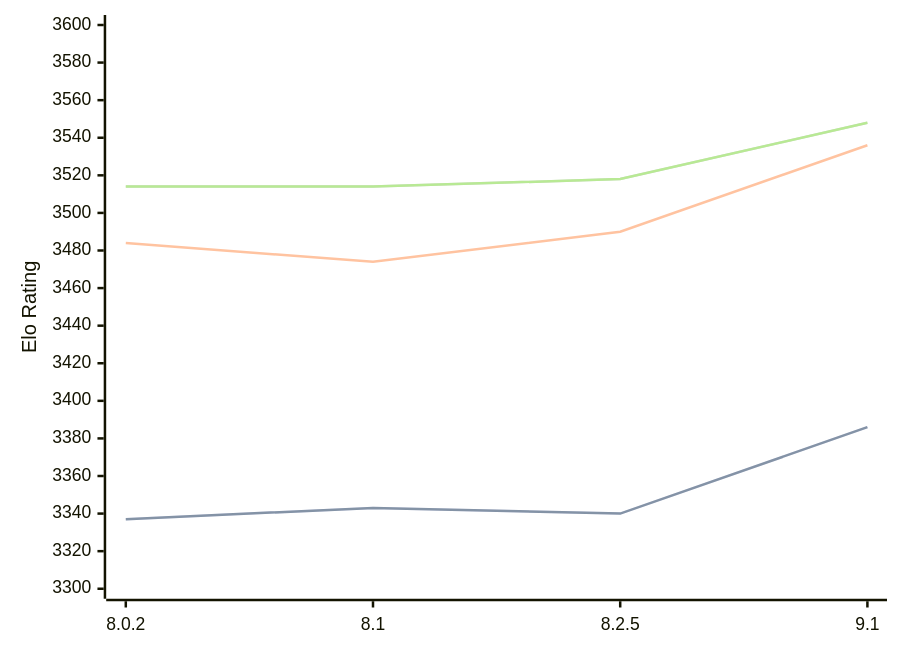
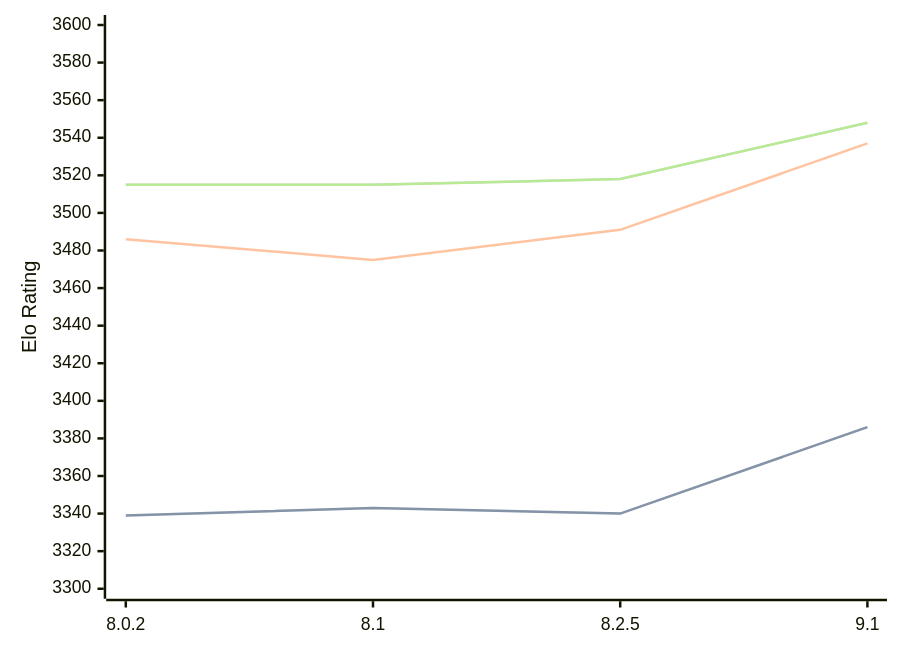
Before and after one commit to computer-chess-index/cci: the diagram in engines/Clover.md, drawn with Mermaid. The commit also changed other lines of this file, not shown here.

Commit message:
Update CCI Ratings (ELO VLTC) - 2026-08-29

````diff
--- a/engines/Clover.md
+++ b/engines/Clover.md
@@ -35,11 +35,11 @@
 ```mermaid
 %%{init: {"theme":"base","themeVariables":{"seriesColors:['#a3a3a3','#222221','#faa371']}}}%%
 xychart-beta
   x-axis ["8.0.2", "8.1", "8.2.5", "9.1"]
   y-axis "Elo Rating" 3300 --> 3600
-  line "" [3337, 3343, 3340, 3386]
-  line "STC (8.0+0.08s)" [3337, 3343, 3340, 3386]
-  line "LTC (60.0+0.60s)" [3484, 3474, 3490, 3536]
-  line "" [3514, 3514, 3518, 3548]
-  line "VLTC (2m24s+1.12s)" [3514, 3514, 3518, 3548]
+  line "" [3339, 3343, 3340, 3386]
+  line "STC (8.0+0.08s)" [3339, 3343, 3340, 3386]
+  line "LTC (60.0+0.60s)" [3486, 3475, 3491, 3537]
+  line "" [3515, 3515, 3518, 3548]
+  line "VLTC (2m24s+1.12s)" [3515, 3515, 3518, 3548]
 ```
````
